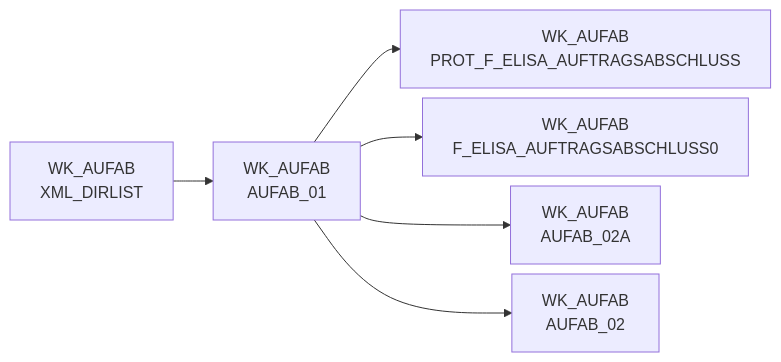
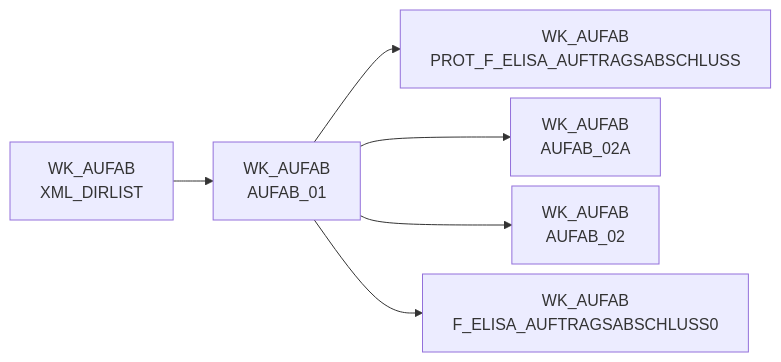
One commit to integration-factory-de/sas_code_docs changed the diagram in docs/Tables/WK_AUFAB/AUFAB_01.md. Above: the diagram before and after it, drawn with Mermaid. The commit also changed other lines of this file and 129 other files, not shown here.

````diff
--- a/docs/Tables/WK_AUFAB/AUFAB_01.md
+++ b/docs/Tables/WK_AUFAB/AUFAB_01.md
@@ -9,21 +13,21 @@
 ```mermaid
 %%{init: {'flowchart': { 'nodeSpacing': 10, 'rankSpacing': 40, 'rankdir': 'TB' }}}%%
 
 flowchart LR
 
-  WK_AUFAB.XML_DIRLIST["WK_AUFAB<br/>XML_DIRLIST"] --> WK_AUFAB.AUFAB_01["WK_AUFAB<br/>AUFAB_01"]
   WK_AUFAB.AUFAB_01["WK_AUFAB<br/>AUFAB_01"] --> WK_AUFAB.PROT_F_ELISA_AUFTRAGSABSCHLUSS["WK_AUFAB<br/>PROT_F_ELISA_AUFTRAGSABSCHLUSS"]
-  WK_AUFAB.AUFAB_01["WK_AUFAB<br/>AUFAB_01"] --> WK_AUFAB.F_ELISA_AUFTRAGSABSCHLUSS0["WK_AUFAB<br/>F_ELISA_AUFTRAGSABSCHLUSS0"]
   WK_AUFAB.AUFAB_01["WK_AUFAB<br/>AUFAB_01"] --> WK_AUFAB.AUFAB_02A["WK_AUFAB<br/>AUFAB_02A"]
   WK_AUFAB.AUFAB_01["WK_AUFAB<br/>AUFAB_01"] --> WK_AUFAB.AUFAB_02["WK_AUFAB<br/>AUFAB_02"]
-  click WK_AUFAB.XML_DIRLIST "../../tables/WK_AUFAB/XML_DIRLIST"
+  WK_AUFAB.AUFAB_01["WK_AUFAB<br/>AUFAB_01"] --> WK_AUFAB.F_ELISA_AUFTRAGSABSCHLUSS0["WK_AUFAB<br/>F_ELISA_AUFTRAGSABSCHLUSS0"]
+  WK_AUFAB.XML_DIRLIST["WK_AUFAB<br/>XML_DIRLIST"] --> WK_AUFAB.AUFAB_01["WK_AUFAB<br/>AUFAB_01"]
   click WK_AUFAB.AUFAB_01 "../../tables/WK_AUFAB/AUFAB_01"
   click WK_AUFAB.AUFAB_01 "../../tables/WK_AUFAB/AUFAB_01"
   click WK_AUFAB.AUFAB_01 "../../tables/WK_AUFAB/AUFAB_01"
   click WK_AUFAB.AUFAB_01 "../../tables/WK_AUFAB/AUFAB_01"
-  click WK_AUFAB.AUFAB_01 "../../tables/WK_AUFAB/AUFAB_01"
+  click WK_AUFAB.XML_DIRLIST "../../tables/WK_AUFAB/XML_DIRLIST"
   click WK_AUFAB.PROT_F_ELISA_AUFTRAGSABSCHLUSS "../../tables/WK_AUFAB/PROT_F_ELISA_AUFTRAGSABSCHLUSS"
-  click WK_AUFAB.F_ELISA_AUFTRAGSABSCHLUSS0 "../../tables/WK_AUFAB/F_ELISA_AUFTRAGSABSCHLUSS0"
   click WK_AUFAB.AUFAB_02A "../../tables/WK_AUFAB/AUFAB_02A"
   click WK_AUFAB.AUFAB_02 "../../tables/WK_AUFAB/AUFAB_02"
+  click WK_AUFAB.F_ELISA_AUFTRAGSABSCHLUSS0 "../../tables/WK_AUFAB/F_ELISA_AUFTRAGSABSCHLUSS0"
+  click WK_AUFAB.AUFAB_01 "../../tables/WK_AUFAB/AUFAB_01"
 ```
````
